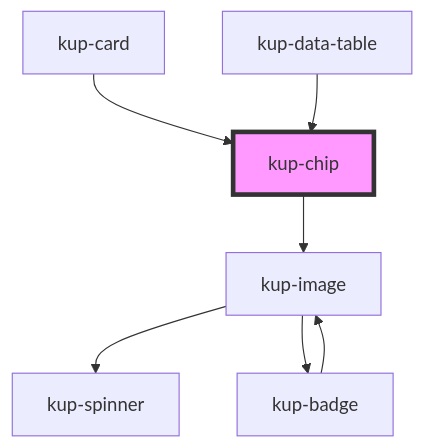
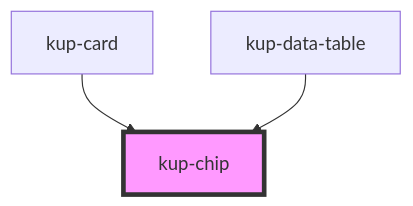
The diagram in packages/ketchup/src/components/kup-chip/readme.md (smeup/ketchup), drawn with Mermaid before and after one commit. The commit also changed other lines of this file and 10 other files, not shown here.

Commit message:
Removed kup-image and reflect from kup-chip.

````diff
--- a/packages/ketchup/src/components/kup-chip/readme.md
+++ b/packages/ketchup/src/components/kup-chip/readme.md
@@ -50,10 +46,6 @@
 ```mermaid
 graph TD;
-  kup-chip --> kup-image
-  kup-image --> kup-spinner
-  kup-image --> kup-badge
-  kup-badge --> kup-image
   kup-card --> kup-chip
   kup-data-table --> kup-chip
   style kup-chip fill:#f9f,stroke:#333,stroke-width:4px
 ```
````
